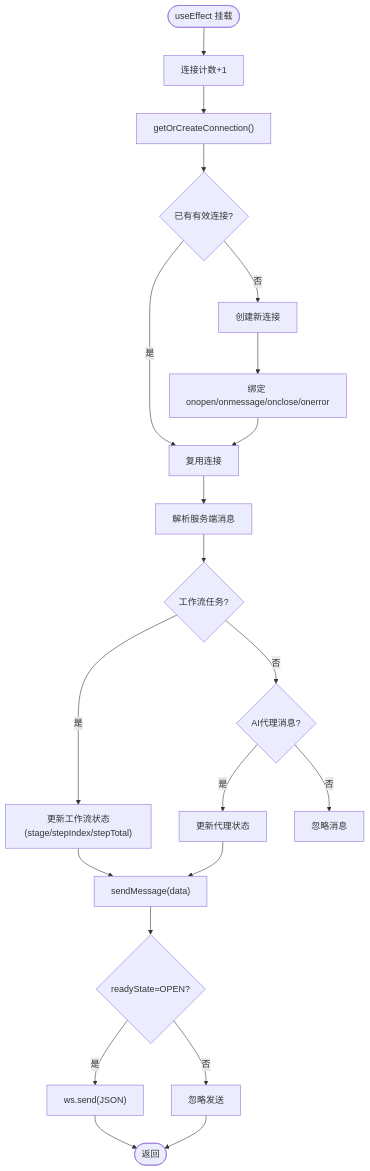
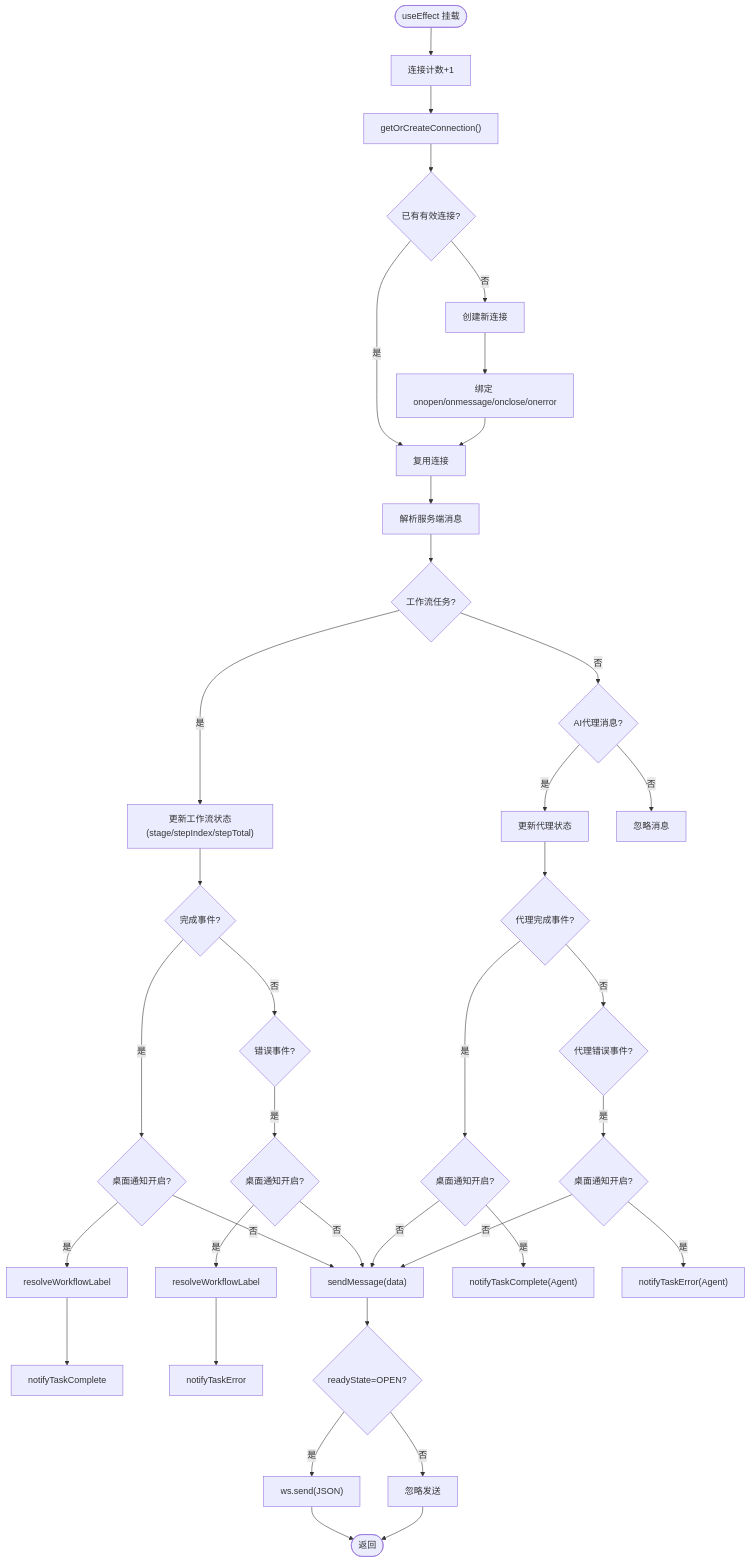
Before and after one commit to billye220670/CorineKit_Pix2Real: the third of 16 diagrams in .qoder/repowiki/zh/content/前端应用/WebSocket 通信.md, drawn with Mermaid. The commit also changed other lines of this file and 13 other files, not shown here.

````diff
--- a/.qoder/repowiki/zh/content/前端应用/WebSocket 通信.md
+++ b/.qoder/repowiki/zh/content/前端应用/WebSocket 通信.md
@@ -181,23 +208,39 @@
 ```mermaid
 flowchart TD
 Start(["useEffect 挂载"]) --> Inc["连接计数+1"]
 Inc --> GetConn["getOrCreateConnection()"]
 GetConn --> ConnReady{"已有有效连接?"}
 ConnReady --> |是| UseConn["复用连接"]
 ConnReady --> |否| NewConn["创建新连接"]
 NewConn --> Setup["绑定 onopen/onmessage/onclose/onerror"]
 Setup --> UseConn
 UseConn --> ParseMsg["解析服务端消息"]
 ParseMsg --> WorkFlow{"工作流任务?"}
 WorkFlow --> |是| UpdateWF["更新工作流状态(stage/stepIndex/stepTotal)"]
+UpdateWF --> CheckComplete{"完成事件?"}
+CheckComplete --> |是| CheckNotify{"桌面通知开启?"}
+CheckNotify --> |是| ResolveLabel["resolveWorkflowLabel"]
+ResolveLabel --> NotifyComplete["notifyTaskComplete"]
+CheckNotify --> |否| Send["sendMessage(data)"]
+CheckComplete --> |否| CheckError{"错误事件?"}
+CheckError --> |是| CheckNotify2{"桌面通知开启?"}
+CheckNotify2 --> |是| ResolveLabel2["resolveWorkflowLabel"]
+ResolveLabel2 --> NotifyError["notifyTaskError"]
+CheckNotify2 --> |否| Send
 WorkFlow --> |否| AgentMsg{"AI代理消息?"}
 AgentMsg --> |是| UpdateAgent["更新代理状态"]
+UpdateAgent --> AgentComplete{"代理完成事件?"}
+AgentComplete --> |是| CheckAgentNotify{"桌面通知开启?"}
+CheckAgentNotify --> |是| NotifyAgentComplete["notifyTaskComplete(Agent)"]
+CheckAgentNotify --> |否| Send
+AgentComplete --> |否| AgentError{"代理错误事件?"}
+AgentError --> |是| CheckAgentNotify2{"桌面通知开启?"}
+CheckAgentNotify2 --> |是| NotifyAgentError["notifyTaskError(Agent)"]
+CheckAgentNotify2 --> |否| Send
 AgentMsg --> |否| Ignore["忽略消息"]
-UpdateWF --> Send["sendMessage(data)"]
-UpdateAgent --> Send
 Send --> Ready{"readyState=OPEN?"}
 Ready --> |是| WSsend["ws.send(JSON)"]
 Ready --> |否| Ignore2["忽略发送"]
 WSsend --> End(["返回"])
 Ignore2 --> End
 ```
````
